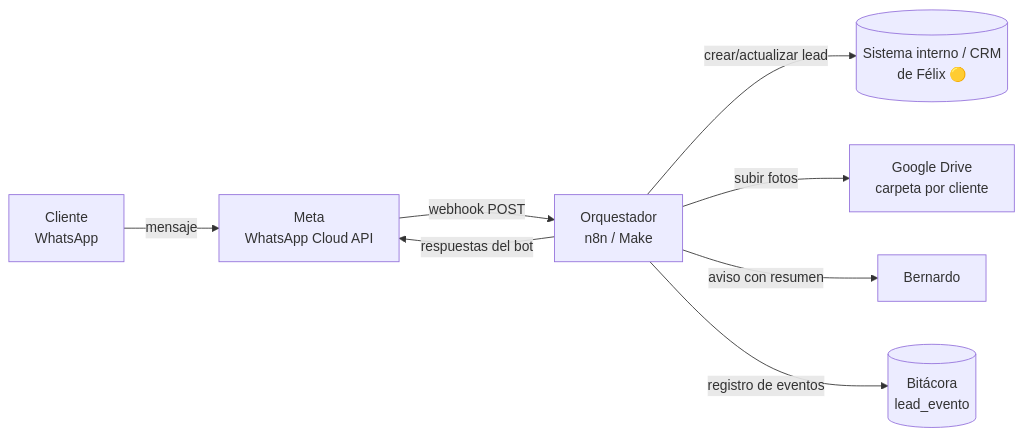
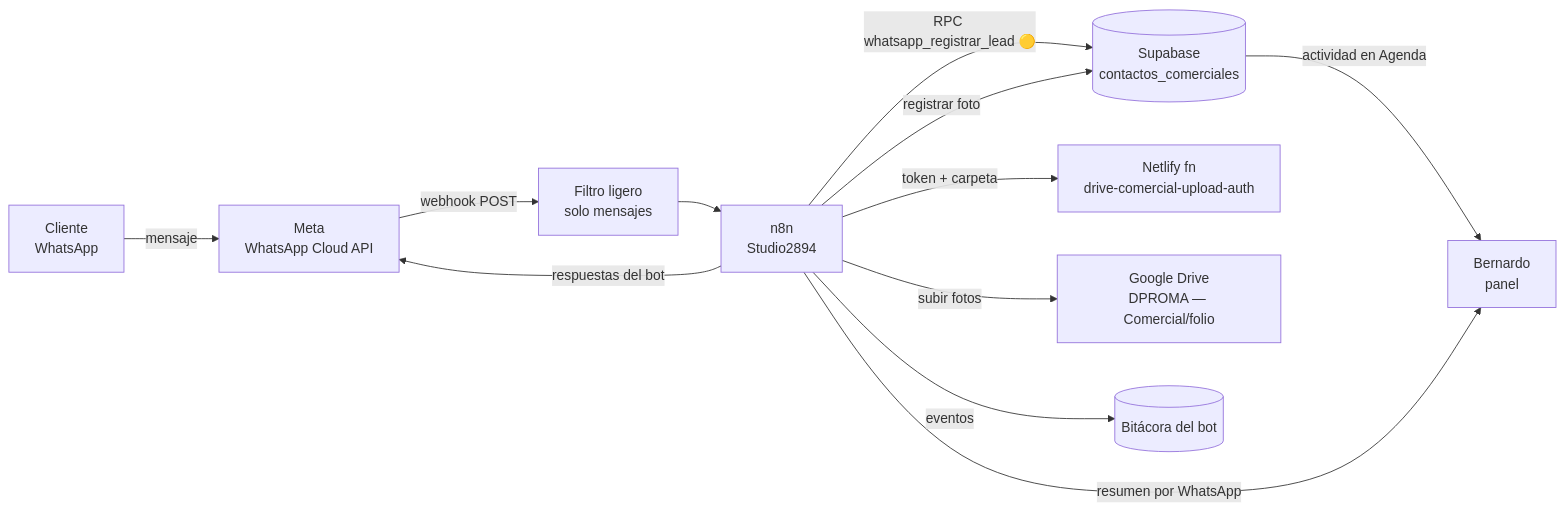
The diagram in docs/poc-whatsapp/01-arquitectura-integracion.md (2894Studio/Investigaci-n-DPROMA-), drawn with Mermaid before and after one commit. The commit also changed other lines of this file and 9 other files, not shown here.

First line of the commit message:
PoC WhatsApp v0.3: integrar con el panel DPROMA real

````diff
--- a/docs/poc-whatsapp/01-arquitectura-integracion.md
+++ b/docs/poc-whatsapp/01-arquitectura-integracion.md
@@ -9,10 +26,14 @@
 ```mermaid
 flowchart LR
   C[Cliente<br/>WhatsApp] -- mensaje --> M[Meta<br/>WhatsApp Cloud API]
-  M -- webhook POST --> O[Orquestador<br/>n8n / Make]
-  O -- respuestas del bot --> M
-  O -- crear/actualizar lead --> CRM[(Sistema interno / CRM<br/>de Félix 🟡)]
-  O -- subir fotos --> D[Google Drive<br/>carpeta por cliente]
-  O -- aviso con resumen --> B[Bernardo]
-  O -- registro de eventos --> L[(Bitácora<br/>lead_evento)]
+  M -- webhook POST --> F[Filtro ligero<br/>solo mensajes]
+  F --> N[n8n<br/>Studio2894]
+  N -- respuestas del bot --> M
+  N -- RPC whatsapp_registrar_lead 🟡 --> S[(Supabase<br/>contactos_comerciales)]
+  N -- token + carpeta --> D1[Netlify fn<br/>drive-comercial-upload-auth]
+  N -- subir fotos --> D[Google Drive<br/>DPROMA — Comercial/folio]
+  N -- registrar foto --> S
+  S -- actividad en Agenda --> B[Bernardo<br/>panel]
+  N -- resumen por WhatsApp --> B
+  N -- eventos --> L[(Bitácora del bot)]
 ```
````
